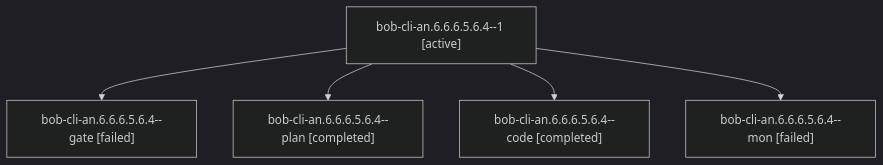
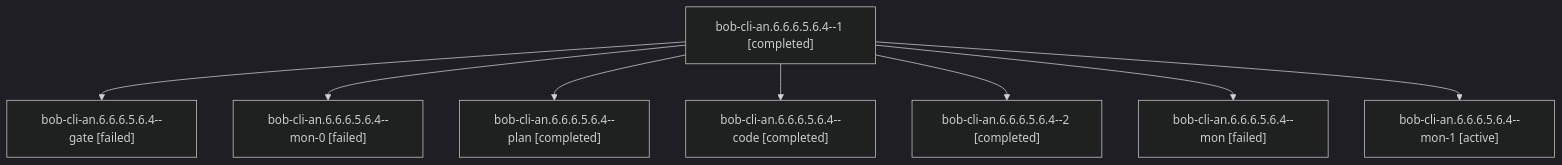
One commit to bobs-org/bob-cli--agents changed the diagram in sessions/bbugyi200.athena.bob-cli-an.6.6.6.5.6.4.md. Above: the diagram before and after it, drawn with Mermaid (dark theme). The commit also changed other lines of this file and 156 other files, not shown here.

````diff
--- a/sessions/bbugyi200.athena.bob-cli-an.6.6.6.5.6.4.md
+++ b/sessions/bbugyi200.athena.bob-cli-an.6.6.6.5.6.4.md
@@ -9,12 +9,18 @@
 ```mermaid
 flowchart TD
-  n0["bob-cli-an.6.6.6.5.6.4--1 [active]"]
+  n0["bob-cli-an.6.6.6.5.6.4--1 [completed]"]
   n1["bob-cli-an.6.6.6.5.6.4--gate [failed]"]
   n0 --> n1
-  n2["bob-cli-an.6.6.6.5.6.4--plan [completed]"]
+  n2["bob-cli-an.6.6.6.5.6.4--mon-0 [failed]"]
   n0 --> n2
-  n3["bob-cli-an.6.6.6.5.6.4--code [completed]"]
+  n3["bob-cli-an.6.6.6.5.6.4--plan [completed]"]
   n0 --> n3
-  n4["bob-cli-an.6.6.6.5.6.4--mon [failed]"]
+  n4["bob-cli-an.6.6.6.5.6.4--code [completed]"]
   n0 --> n4
+  n5["bob-cli-an.6.6.6.5.6.4--2 [completed]"]
+  n0 --> n5
+  n6["bob-cli-an.6.6.6.5.6.4--mon [failed]"]
+  n0 --> n6
+  n7["bob-cli-an.6.6.6.5.6.4--mon-1 [active]"]
+  n0 --> n7
 ```
````
